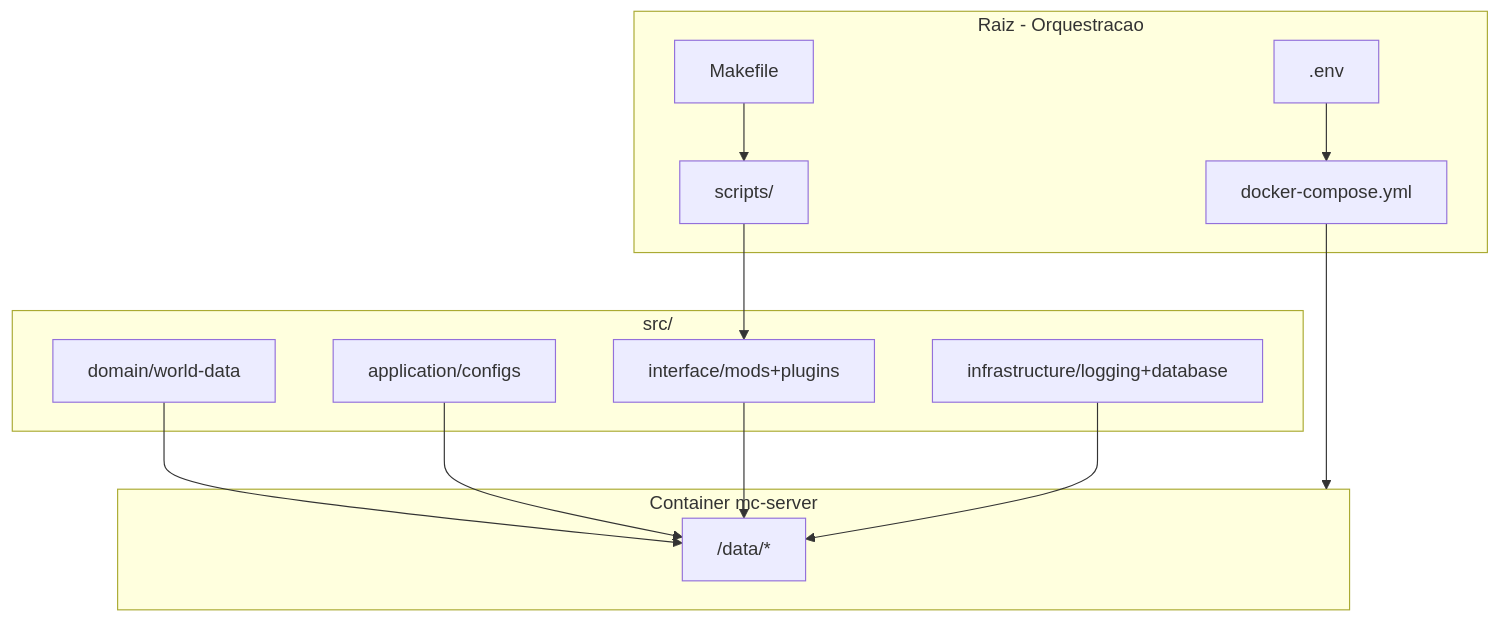
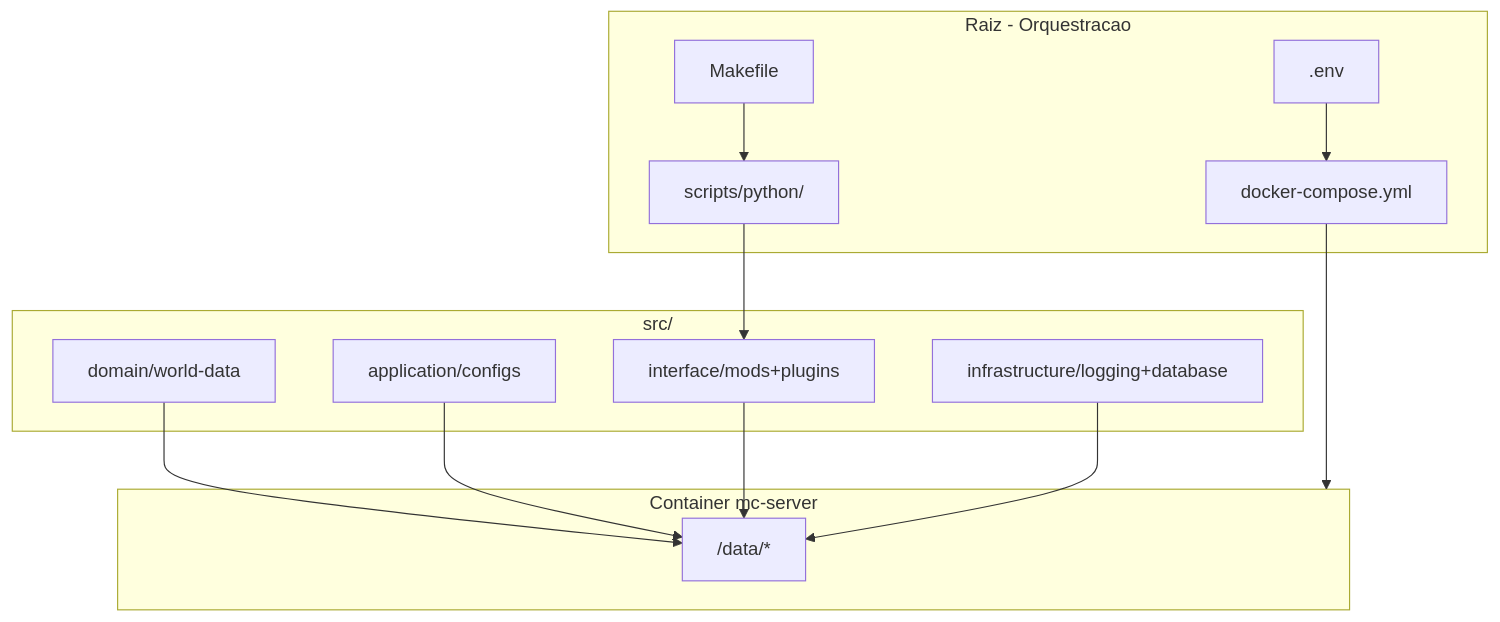
Before and after one commit to victorh-silveira/minecraft-core-server: the diagram in docs/architecture.md, drawn with Mermaid. The commit also changed other lines of this file and 19 other files, not shown here.

````diff
--- a/docs/architecture.md
+++ b/docs/architecture.md
@@ -9,26 +9,26 @@
 ```mermaid
 flowchart TB
   subgraph root [Raiz - Orquestracao]
     env[".env"]
     compose["docker-compose.yml"]
     makefile["Makefile"]
-    scripts["scripts/"]
+    scripts["scripts/python/"]
   end
   subgraph srcLayer [src/]
     domain["domain/world-data"]
     app["application/configs"]
     iface["interface/mods+plugins"]
     infra["infrastructure/logging+database"]
   end
   subgraph container [Container mc-server]
     data["/data/*"]
   end
   env --> compose
   makefile --> scripts
   scripts --> iface
   compose --> container
   domain --> data
   app --> data
   iface --> data
   infra --> data
 ```
````
